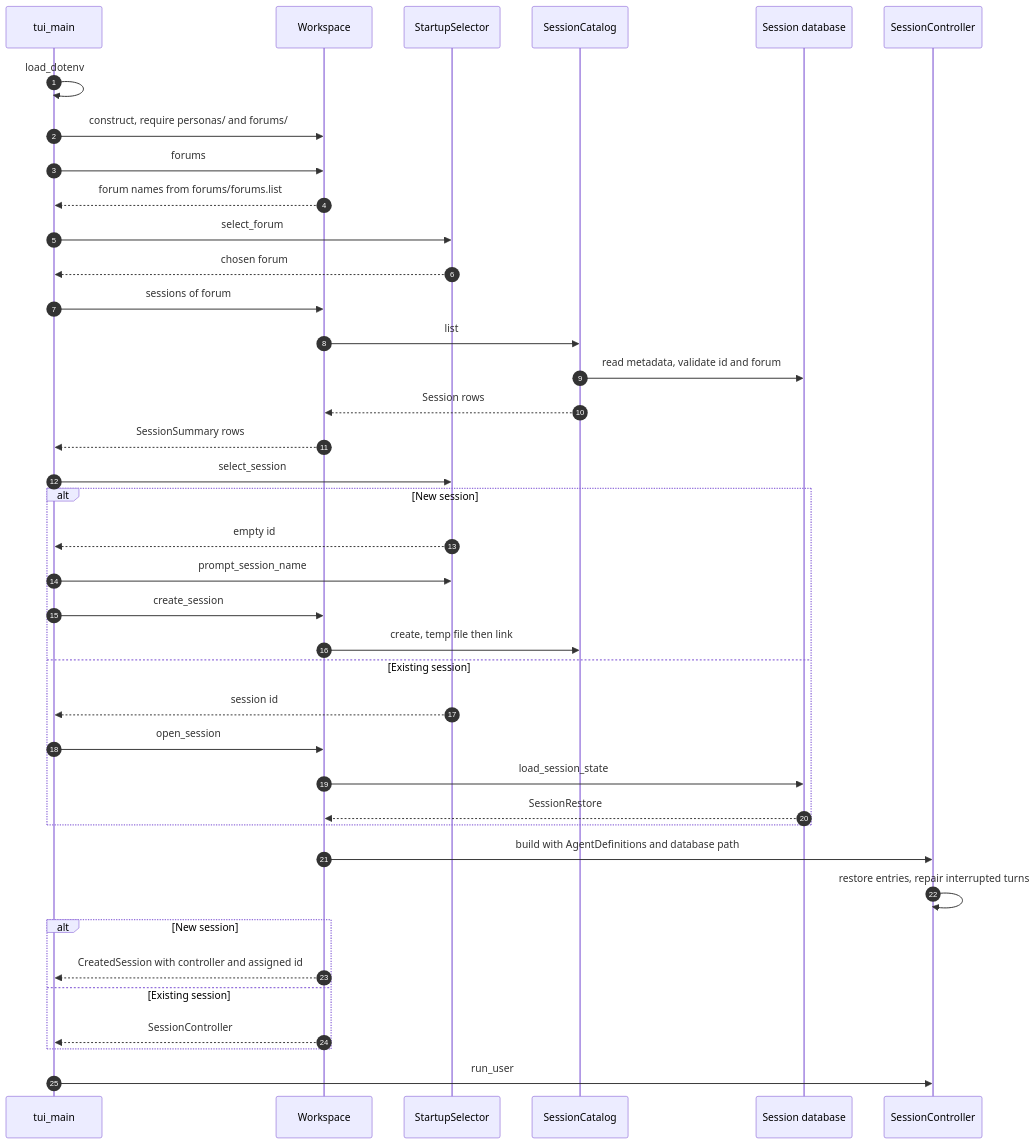
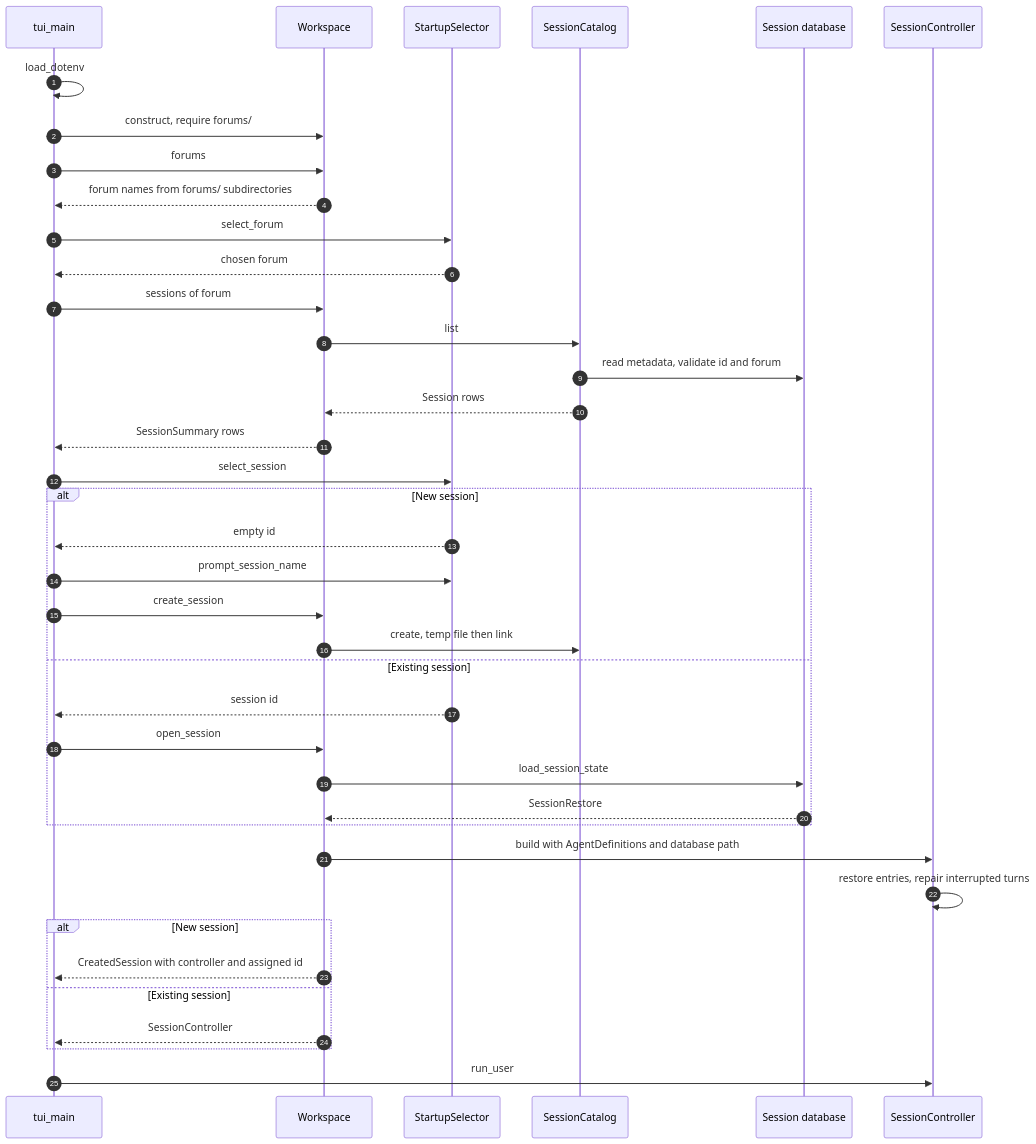
The second of 4 diagrams in src/README.md (michaelpopov/cha), drawn with Mermaid before and after one commit. The commit also changed other lines of this file and 37 other files, not shown here.

````diff
--- a/src/README.md
+++ b/src/README.md
@@ -163,42 +163,42 @@
 ```mermaid
 sequenceDiagram
     autonumber
     participant main as tui_main
     participant ws as Workspace
     participant sel as StartupSelector
     participant cat as SessionCatalog
     participant db as Session database
     participant controller as SessionController
 
     main->>main: load_dotenv
-    main->>ws: construct, require personas/ and forums/
+    main->>ws: construct, require forums/
     main->>ws: forums
-    ws-->>main: forum names from forums/forums.list
+    ws-->>main: forum names from forums/ subdirectories
     main->>sel: select_forum
     sel-->>main: chosen forum
     main->>ws: sessions of forum
     ws->>cat: list
     cat->>db: read metadata, validate id and forum
     cat-->>ws: Session rows
     ws-->>main: SessionSummary rows
     main->>sel: select_session
     alt New session
         sel-->>main: empty id
         main->>sel: prompt_session_name
         main->>ws: create_session
         ws->>cat: create, temp file then link
     else Existing session
         sel-->>main: session id
         main->>ws: open_session
         ws->>db: load_session_state
         db-->>ws: SessionRestore
     end
     ws->>controller: build with AgentDefinitions and database path
     controller->>controller: restore entries, repair interrupted turns
     alt New session
         ws-->>main: CreatedSession with controller and assigned id
     else Existing session
         ws-->>main: SessionController
     end
     main->>controller: run_user
 ```
````
